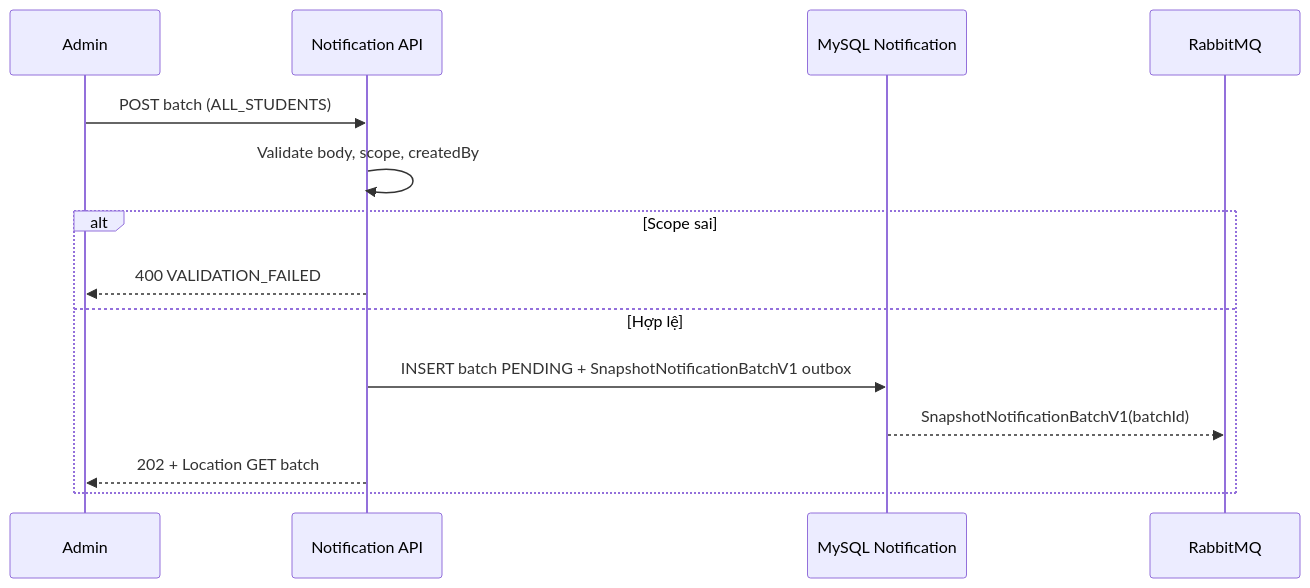
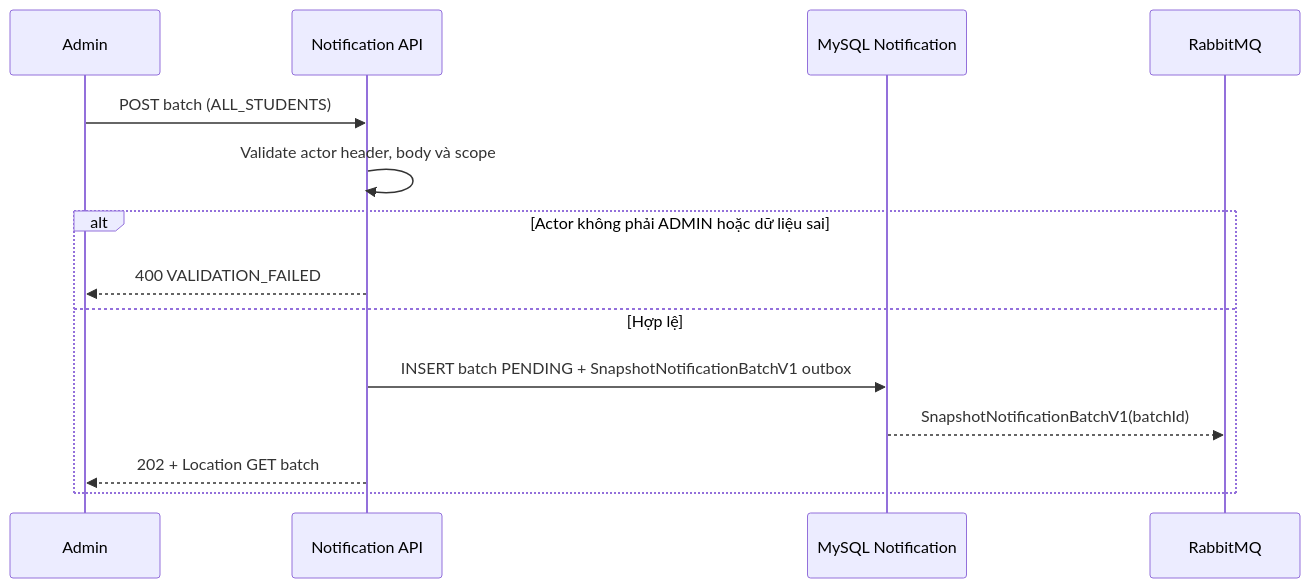
Before and after one commit to Minhduc7904/MiniProjectTrainingKaopiz: the first of 3 diagrams in ducnm3/docs/business-flows/notifications/bulk-notification.md, drawn with Mermaid. The commit also changed other lines of this file and 145 other files, not shown here.

First line of the commit message:
feat: Implement student authentication and learning flow

````diff
--- a/ducnm3/docs/business-flows/notifications/bulk-notification.md
+++ b/ducnm3/docs/business-flows/notifications/bulk-notification.md
@@ -22,17 +22,17 @@
 ```mermaid
 sequenceDiagram
     participant Admin
     participant API as Notification API
     participant DB as MySQL Notification
     participant Bus as RabbitMQ
 
     Admin->>API: POST batch (ALL_STUDENTS)
-    API->>API: Validate body, scope, createdBy
-    alt Scope sai
+    API->>API: Validate actor header, body và scope
+    alt Actor không phải ADMIN hoặc dữ liệu sai
         API-->>Admin: 400 VALIDATION_FAILED
     else Hợp lệ
         API->>DB: INSERT batch PENDING + SnapshotNotificationBatchV1 outbox
         DB-->>Bus: SnapshotNotificationBatchV1(batchId)
         API-->>Admin: 202 + Location GET batch
     end
 ```
````
